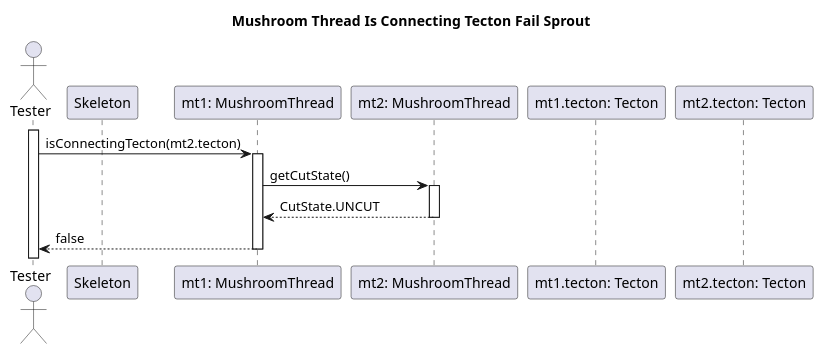
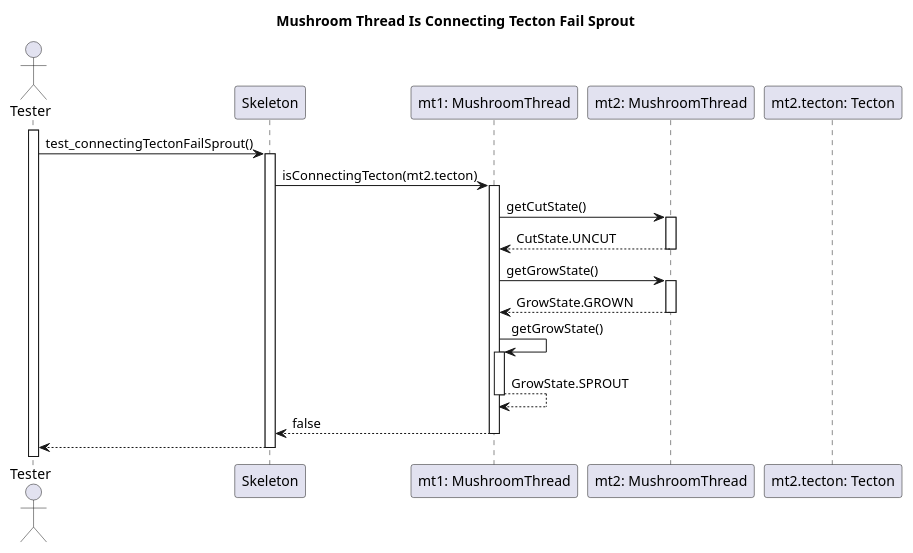
The diagram in diagrams/test-sequence/mushroom/connectingTectonFailSprout.wsd (dzsem/projlab), drawn with PlantUML before and after one commit. The commit also changed 1 other file, not shown here.

Commit message:
Fixed connectingTectonFailSprout

```diff
--- a/diagrams/test-sequence/mushroom/connectingTectonFailSprout.wsd
+++ b/diagrams/test-sequence/mushroom/connectingTectonFailSprout.wsd
@@ -1,28 +1,43 @@
 @startuml Mushroom Thread Is Traversible Fail Sprout
 
 title Mushroom Thread Is Connecting Tecton Fail Sprout
 
 actor "Tester" as tester
 participant "Skeleton" as skeleton
 
-
 participant "mt1: MushroomThread" as mt1
 participant "mt2: MushroomThread" as mt2
 
-participant "mt1.tecton: Tecton" as t1
 participant "mt2.tecton: Tecton" as t2
 
 activate tester
 
-tester -> mt1: isConnectingTecton(mt2.tecton)
+tester -> skeleton: test_connectingTectonFailSprout()
+activate skeleton
+
+skeleton -> mt1: isConnectingTecton(mt2.tecton)
 activate mt1
 
 mt1 -> mt2: getCutState()
 activate mt2
 mt2 --> mt1: CutState.UNCUT
 deactivate mt2
 
-mt1 --> tester: false
+mt1 -> mt2: getGrowState()
+activate mt2
+mt2 --> mt1: GrowState.GROWN
+deactivate mt2
+
+mt1 -> mt1: getGrowState()
+activate mt1
+mt1 --> mt1: GrowState.SPROUT
 deactivate mt1
 
+mt1 --> skeleton: false
+deactivate mt1
+
+skeleton --> tester
+deactivate skeleton
+
+
 @enduml
```
